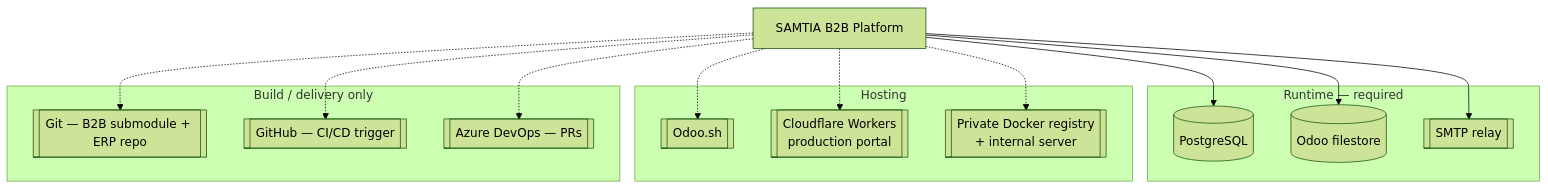
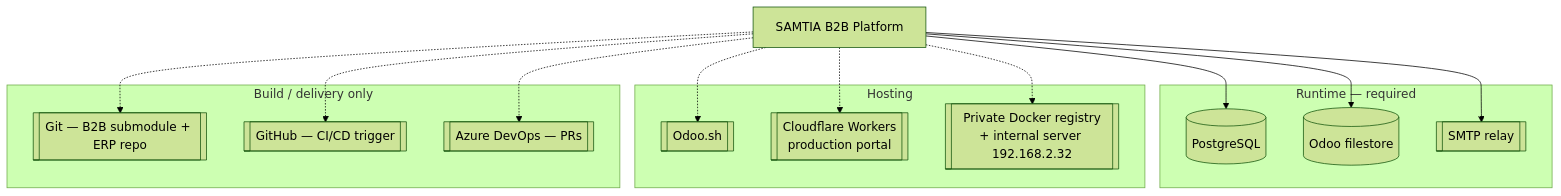
The diagram in docs/b2b_ecommerce_docs/_technical_docs/015-External-Integrations-and-Dependencies.md (LaplaceSoftware/lp_projects_docs), drawn with Mermaid (forest theme) before and after one commit. The commit also changed other lines of this file and 97 other files, not shown here.

````diff
--- a/docs/b2b_ecommerce_docs/_technical_docs/015-External-Integrations-and-Dependencies.md
+++ b/docs/b2b_ecommerce_docs/_technical_docs/015-External-Integrations-and-Dependencies.md
@@ -5,32 +5,32 @@
 ```mermaid
 flowchart TB
     SYS["SAMTIA B2B Platform"]
 
     subgraph RT["Runtime — required"]
         PG[("PostgreSQL")]
         FS[("Odoo filestore")]
         SMTP[["SMTP relay"]]
     end
 
     subgraph HOST["Hosting"]
         SH[["Odoo.sh"]]
         CF[["Cloudflare Workers<br/>production portal"]]
-        REG[["Private Docker registry<br/>+ internal server <build-server>"]]
+        REG[["Private Docker registry<br/>+ internal server 192.168.2.32"]]
     end
 
     subgraph BUILD["Build / delivery only"]
         GIT[["Git — B2B submodule + ERP repo"]]
         GH[["GitHub — CI/CD trigger"]]
         AZ[["Azure DevOps — PRs"]]
     end
 
     SYS --> PG
     SYS --> FS
     SYS --> SMTP
     SYS -.-> SH
     SYS -.-> CF
     SYS -.-> REG
     SYS -.-> GIT
     SYS -.-> GH
     SYS -.-> AZ
 ```
````
